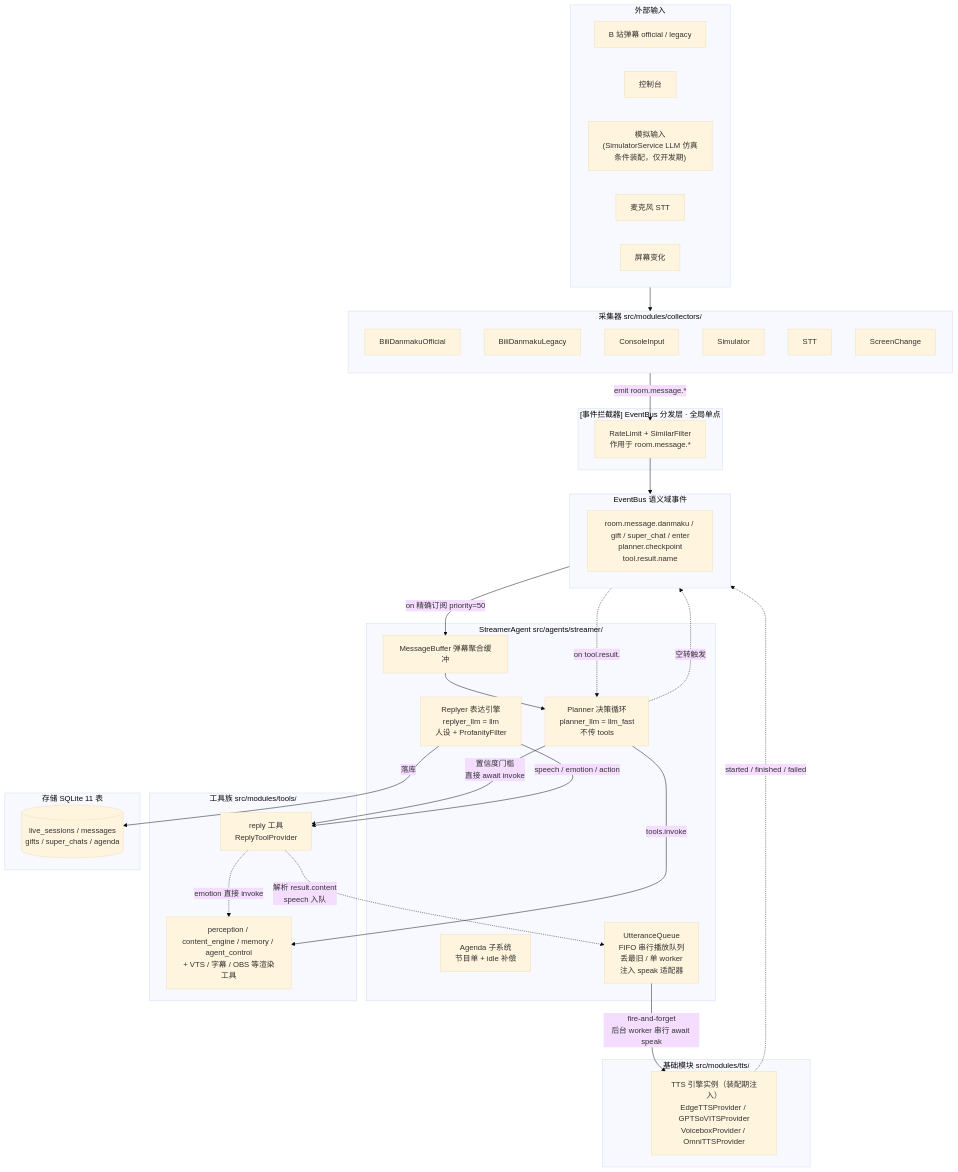
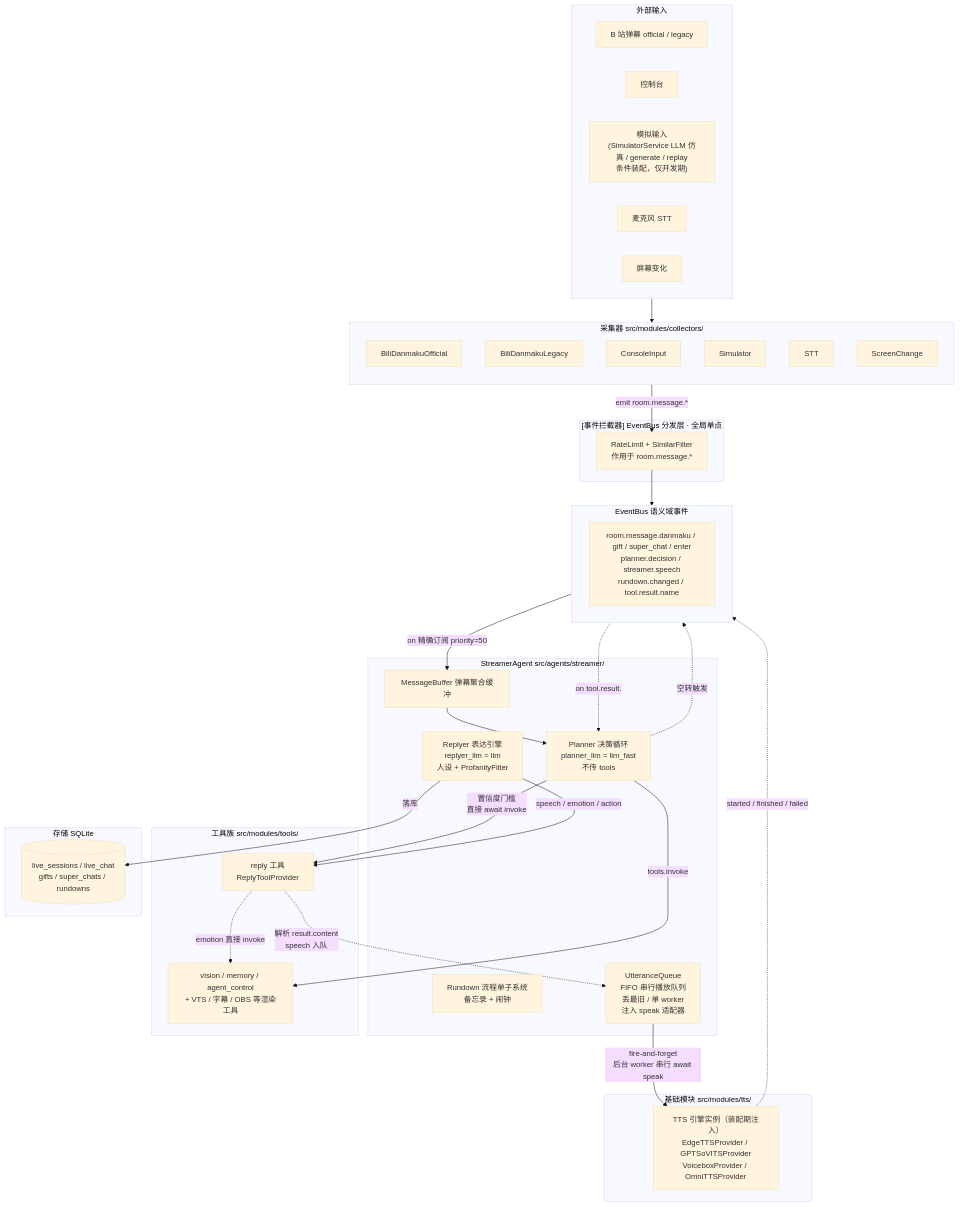
The diagram in docs/architecture/data-flow.md (Mai-with-u/Amaidesu), drawn with Mermaid (base theme) before and after one commit. The commit also changed other lines of this file and 82 other files, not shown here.

````diff
--- a/docs/architecture/data-flow.md
+++ b/docs/architecture/data-flow.md
@@ -23,66 +23,65 @@
 ```mermaid
 flowchart TB
     subgraph Ext["外部输入"]
         Bili["B 站弹幕 official / legacy"]
         Cons["控制台"]
-        Sim["模拟世界<br/>(SimulatorService generate/replay)"]
-        Sim["模拟输入<br/>(SimulatorService LLM 仿真<br/>条件装配，仅开发期)"]
+        Sim["模拟输入<br/>(SimulatorService LLM 仿真 / generate / replay<br/>条件装配，仅开发期)"]
         Mic["麦克风 STT"]
         Screen["屏幕变化"]
     end
 
     subgraph Collectors["采集器 src/modules/collectors/"]
         direction TB
         C1["BiliDanmakuOfficial"]
         C2["BiliDanmakuLegacy"]
         C3["ConsoleInput"]
         C4["Simulator"]
         C5["STT"]
         C6["ScreenChange"]
     end
 
     subgraph Interceptors["[事件拦截器] EventBus 分发层 · 全局单点"]
         IC["RateLimit + SimilarFilter<br/>作用于 room.message.*"]
     end
 
     subgraph Bus["EventBus 语义域事件"]
-        EB["room.message.danmaku / gift / super_chat / enter<br/>planner.checkpoint<br/>tool.result.name"]
+        EB["room.message.danmaku / gift / super_chat / enter<br/>planner.decision / streamer.speech<br/>rundown.changed / tool.result.name"]
     end
 
 subgraph StreamerAgent["StreamerAgent src/agents/streamer/"]
         MB["MessageBuffer 弹幕聚合缓冲"]
         Planner["Planner 决策循环<br/>planner_llm = llm_fast<br/>不传 tools"]
         Reply["Replyer 表达引擎<br/>replyer_llm = llm<br/>人设 + ProfanityFilter"]
-        Agenda["Agenda 子系统<br/>节目单 + idle 补偿"]
+        Rundown["Rundown 流程单子系统<br/>备忘录 + 闹钟"]
         UQ["UtteranceQueue<br/>FIFO 串行播放队列<br/>丢最旧 / 单 worker<br/>注入 speak 适配器"]
     end
 
     subgraph Tools["工具族 src/modules/tools/"]
         RT["reply 工具<br/>ReplyToolProvider"]
-        Other["perception / content_engine / memory / agent_control<br/>+ VTS / 字幕 / OBS 等渲染工具"]
+        Other["vision / memory / agent_control<br/>+ VTS / 字幕 / OBS 等渲染工具"]
     end
 
     subgraph InFra["基础模块 src/modules/tts/"]
         TTSEng["TTS 引擎实例（装配期注入）<br/>EdgeTTSProvider / GPTSoVITSProvider<br/>VoiceboxProvider / OmniTTSProvider"]
     end
 
-    subgraph Storage["存储 SQLite 11 表"]
-        DB[("live_sessions / messages<br/>gifts / super_chats / agenda")]
+    subgraph Storage["存储 SQLite"]
+        DB[("live_sessions / live_chat<br/>gifts / super_chats / rundowns")]
     end
 
     Ext --> Collectors
     Collectors -->|emit room.message.*| IC
     IC --> Bus
     Bus -->|on 精确订阅 priority=50| MB
     MB --> Planner
     Planner -->|置信度门槛<br/>直接 await invoke| RT
     Reply -->|speech / emotion / action| RT
     Reply -->|落库| DB
     Planner -.->|空转触发| Bus
     Planner -->|tools.invoke| Other
     RT -.->|解析 result.content<br/>speech 入队| UQ
     UQ -->|fire-and-forget<br/>后台 worker 串行 await speak| TTSEng
     TTSEng -.->|started / finished / failed| Bus
     Bus -.->|on tool.result.| Planner
     RT -.->|emotion 直接 invoke| Other
 ```
````
